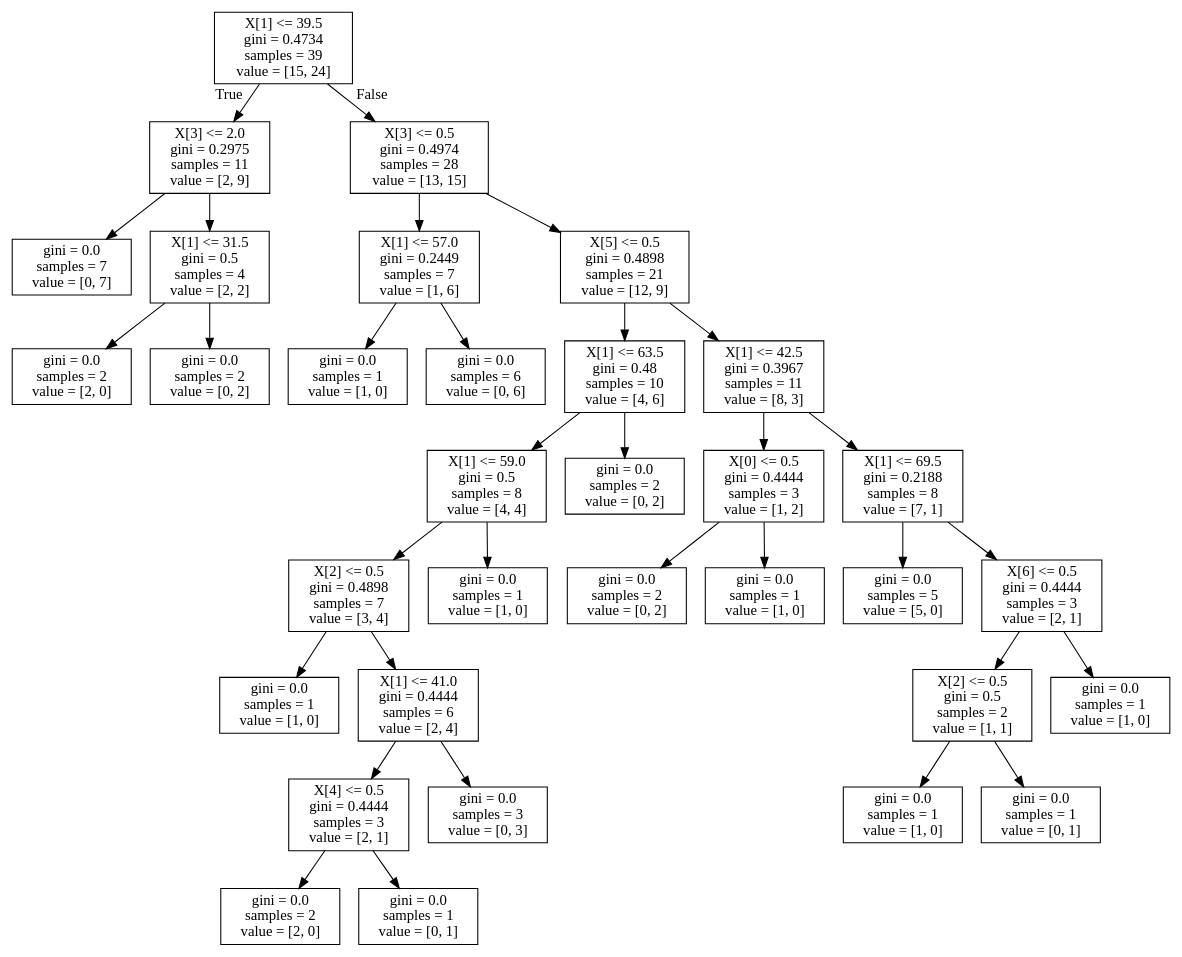
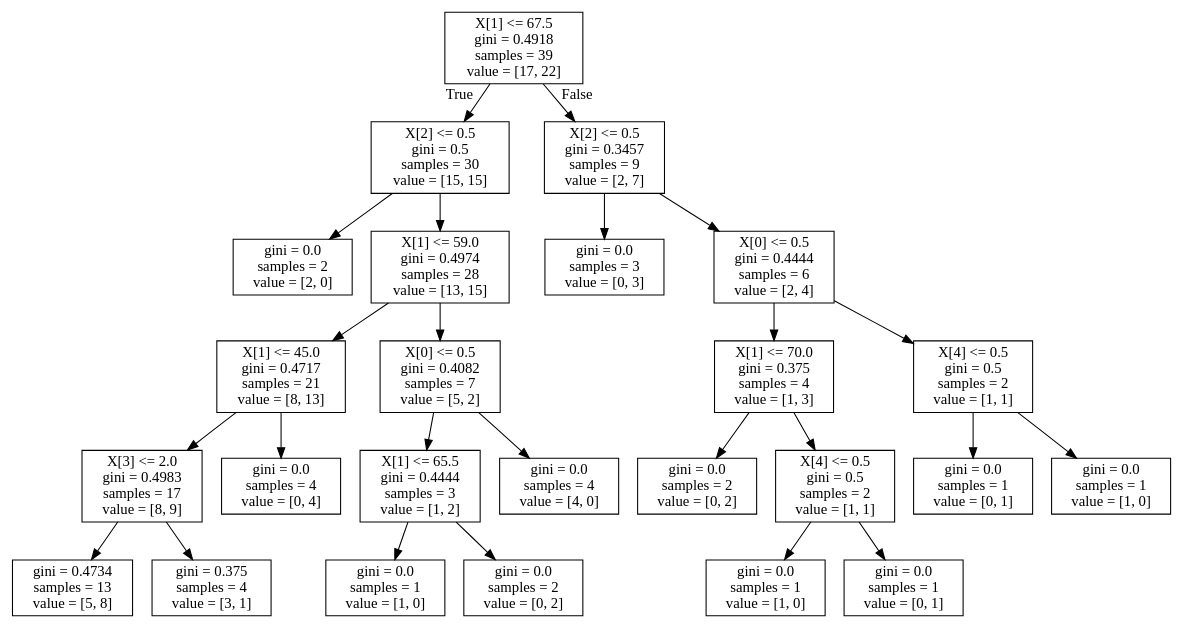
Before and after one commit to DeepinSC/Machine_learning-Countryside: the diagram in iris.dot, drawn with Graphviz. The commit also changed 6 other files, not shown here.

```diff
--- a/iris.dot
+++ b/iris.dot
@@ -1,68 +1,52 @@
 digraph Tree {
 node [shape=box] ;
-0 [label="X[1] <= 39.5\ngini = 0.4734\nsamples = 39\nvalue = [15, 24]"] ;
-1 [label="X[3] <= 2.0\ngini = 0.2975\nsamples = 11\nvalue = [2, 9]"] ;
+0 [label="X[1] <= 67.5\ngini = 0.4918\nsamples = 39\nvalue = [17, 22]"] ;
+1 [label="X[2] <= 0.5\ngini = 0.5\nsamples = 30\nvalue = [15, 15]"] ;
 0 -> 1 [labeldistance=2.5, labelangle=45, headlabel="True"] ;
-2 [label="gini = 0.0\nsamples = 7\nvalue = [0, 7]"] ;
+2 [label="gini = 0.0\nsamples = 2\nvalue = [2, 0]"] ;
 1 -> 2 ;
-3 [label="X[1] <= 31.5\ngini = 0.5\nsamples = 4\nvalue = [2, 2]"] ;
+3 [label="X[1] <= 59.0\ngini = 0.4974\nsamples = 28\nvalue = [13, 15]"] ;
 1 -> 3 ;
-4 [label="gini = 0.0\nsamples = 2\nvalue = [2, 0]"] ;
+4 [label="X[1] <= 45.0\ngini = 0.4717\nsamples = 21\nvalue = [8, 13]"] ;
 3 -> 4 ;
-5 [label="gini = 0.0\nsamples = 2\nvalue = [0, 2]"] ;
-3 -> 5 ;
-6 [label="X[3] <= 0.5\ngini = 0.4974\nsamples = 28\nvalue = [13, 15]"] ;
-0 -> 6 [labeldistance=2.5, labelangle=-45, headlabel="False"] ;
-7 [label="X[1] <= 57.0\ngini = 0.2449\nsamples = 7\nvalue = [1, 6]"] ;
-6 -> 7 ;
-8 [label="gini = 0.0\nsamples = 1\nvalue = [1, 0]"] ;
-7 -> 8 ;
-9 [label="gini = 0.0\nsamples = 6\nvalue = [0, 6]"] ;
-7 -> 9 ;
-10 [label="X[5] <= 0.5\ngini = 0.4898\nsamples = 21\nvalue = [12, 9]"] ;
-6 -> 10 ;
-11 [label="X[1] <= 63.5\ngini = 0.48\nsamples = 10\nvalue = [4, 6]"] ;
+5 [label="X[3] <= 2.0\ngini = 0.4983\nsamples = 17\nvalue = [8, 9]"] ;
+4 -> 5 ;
+6 [label="gini = 0.4734\nsamples = 13\nvalue = [5, 8]"] ;
+5 -> 6 ;
+7 [label="gini = 0.375\nsamples = 4\nvalue = [3, 1]"] ;
+5 -> 7 ;
+8 [label="gini = 0.0\nsamples = 4\nvalue = [0, 4]"] ;
+4 -> 8 ;
+9 [label="X[0] <= 0.5\ngini = 0.4082\nsamples = 7\nvalue = [5, 2]"] ;
+3 -> 9 ;
+10 [label="X[1] <= 65.5\ngini = 0.4444\nsamples = 3\nvalue = [1, 2]"] ;
+9 -> 10 ;
+11 [label="gini = 0.0\nsamples = 1\nvalue = [1, 0]"] ;
 10 -> 11 ;
-12 [label="X[1] <= 59.0\ngini = 0.5\nsamples = 8\nvalue = [4, 4]"] ;
-11 -> 12 ;
-13 [label="X[2] <= 0.5\ngini = 0.4898\nsamples = 7\nvalue = [3, 4]"] ;
-12 -> 13 ;
-14 [label="gini = 0.0\nsamples = 1\nvalue = [1, 0]"] ;
-13 -> 14 ;
-15 [label="X[1] <= 41.0\ngini = 0.4444\nsamples = 6\nvalue = [2, 4]"] ;
-13 -> 15 ;
-16 [label="X[4] <= 0.5\ngini = 0.4444\nsamples = 3\nvalue = [2, 1]"] ;
-15 -> 16 ;
-17 [label="gini = 0.0\nsamples = 2\nvalue = [2, 0]"] ;
+12 [label="gini = 0.0\nsamples = 2\nvalue = [0, 2]"] ;
+10 -> 12 ;
+13 [label="gini = 0.0\nsamples = 4\nvalue = [4, 0]"] ;
+9 -> 13 ;
+14 [label="X[2] <= 0.5\ngini = 0.3457\nsamples = 9\nvalue = [2, 7]"] ;
+0 -> 14 [labeldistance=2.5, labelangle=-45, headlabel="False"] ;
+15 [label="gini = 0.0\nsamples = 3\nvalue = [0, 3]"] ;
+14 -> 15 ;
+16 [label="X[0] <= 0.5\ngini = 0.4444\nsamples = 6\nvalue = [2, 4]"] ;
+14 -> 16 ;
+17 [label="X[1] <= 70.0\ngini = 0.375\nsamples = 4\nvalue = [1, 3]"] ;
 16 -> 17 ;
-18 [label="gini = 0.0\nsamples = 1\nvalue = [0, 1]"] ;
-16 -> 18 ;
-19 [label="gini = 0.0\nsamples = 3\nvalue = [0, 3]"] ;
-15 -> 19 ;
+18 [label="gini = 0.0\nsamples = 2\nvalue = [0, 2]"] ;
+17 -> 18 ;
+19 [label="X[4] <= 0.5\ngini = 0.5\nsamples = 2\nvalue = [1, 1]"] ;
+17 -> 19 ;
 20 [label="gini = 0.0\nsamples = 1\nvalue = [1, 0]"] ;
-12 -> 20 ;
-21 [label="gini = 0.0\nsamples = 2\nvalue = [0, 2]"] ;
-11 -> 21 ;
-22 [label="X[1] <= 42.5\ngini = 0.3967\nsamples = 11\nvalue = [8, 3]"] ;
-10 -> 22 ;
-23 [label="X[0] <= 0.5\ngini = 0.4444\nsamples = 3\nvalue = [1, 2]"] ;
+19 -> 20 ;
+21 [label="gini = 0.0\nsamples = 1\nvalue = [0, 1]"] ;
+19 -> 21 ;
+22 [label="X[4] <= 0.5\ngini = 0.5\nsamples = 2\nvalue = [1, 1]"] ;
+16 -> 22 ;
+23 [label="gini = 0.0\nsamples = 1\nvalue = [0, 1]"] ;
 22 -> 23 ;
-24 [label="gini = 0.0\nsamples = 2\nvalue = [0, 2]"] ;
-23 -> 24 ;
-25 [label="gini = 0.0\nsamples = 1\nvalue = [1, 0]"] ;
-23 -> 25 ;
-26 [label="X[1] <= 69.5\ngini = 0.2188\nsamples = 8\nvalue = [7, 1]"] ;
-22 -> 26 ;
-27 [label="gini = 0.0\nsamples = 5\nvalue = [5, 0]"] ;
-26 -> 27 ;
-28 [label="X[6] <= 0.5\ngini = 0.4444\nsamples = 3\nvalue = [2, 1]"] ;
-26 -> 28 ;
-29 [label="X[2] <= 0.5\ngini = 0.5\nsamples = 2\nvalue = [1, 1]"] ;
-28 -> 29 ;
-30 [label="gini = 0.0\nsamples = 1\nvalue = [1, 0]"] ;
-29 -> 30 ;
-31 [label="gini = 0.0\nsamples = 1\nvalue = [0, 1]"] ;
-29 -> 31 ;
-32 [label="gini = 0.0\nsamples = 1\nvalue = [1, 0]"] ;
-28 -> 32 ;
+24 [label="gini = 0.0\nsamples = 1\nvalue = [1, 0]"] ;
+22 -> 24 ;
 }
```
